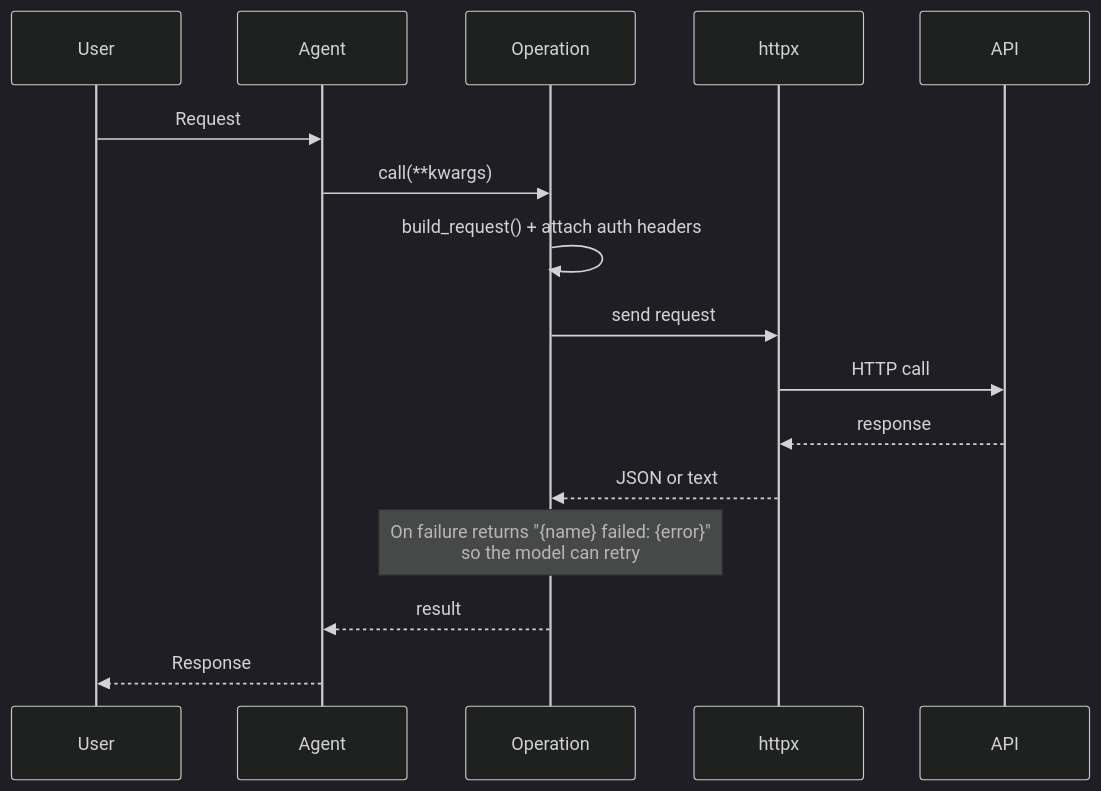
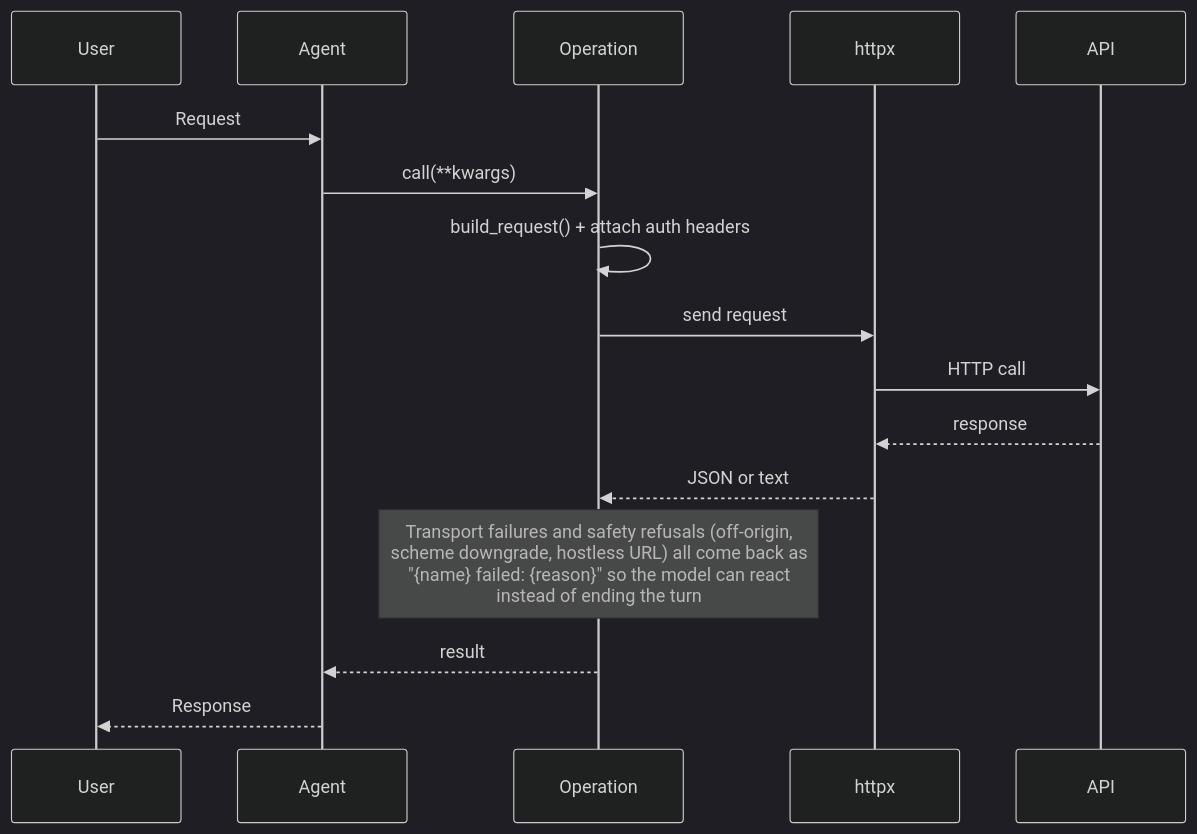
One commit to MervinPraison/PraisonAIDocs changed the second of 4 diagrams in docs/features/openapi-toolset.mdx. Above: the diagram before and after it, drawn with Mermaid (dark theme). The commit also changed other lines of this file, not shown here.

Commit message:
docs: update OpenAPI Toolset for origin pinning and hostless-URL guard (fixes #4015)

````diff
--- a/docs/features/openapi-toolset.mdx
+++ b/docs/features/openapi-toolset.mdx
@@ -69,19 +69,19 @@
 ```mermaid
 sequenceDiagram
     participant User
     participant Agent
     participant Operation
     participant httpx
     participant API
 
     User->>Agent: Request
     Agent->>Operation: call(**kwargs)
     Operation->>Operation: build_request() + attach auth headers
     Operation->>httpx: send request
     httpx->>API: HTTP call
     API-->>httpx: response
     httpx-->>Operation: JSON or text
-    Note over Operation: On failure returns "{name} failed: {error}"<br/>so the model can retry
+    Note over Operation: Transport failures and safety refusals (off-origin,<br/>scheme downgrade, hostless URL) all come back as<br/>"{name} failed: {reason}" so the model can react<br/>instead of ending the turn
     Operation-->>Agent: result
     Agent-->>User: Response
 ```
````
